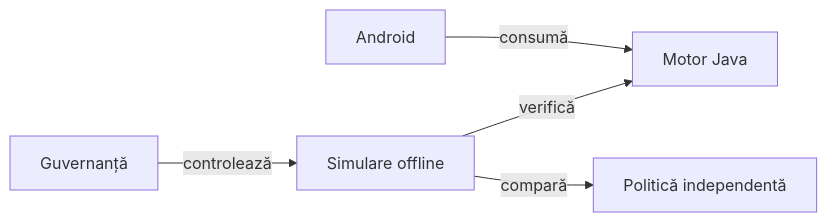
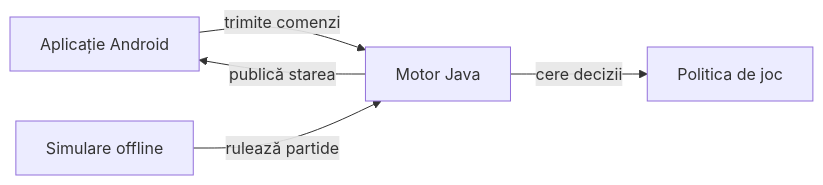
Before and after one commit to crististefanita/atf_j4: the diagram in README.md, drawn with Mermaid. The commit also changed other lines of this file and 9 other files, not shown here.

````diff
--- a/README.md
+++ b/README.md
@@ -51,7 +18,7 @@
 ```mermaid
 flowchart LR
-APP[Android] -->|consumă| CORE[Motor Java]
-OFF[Simulare offline] -->|verifică| CORE
-OFF -->|compară| IND[Politică independentă]
-GOV[Guvernanță] -->|controlează| OFF
+    APP[Aplicație Android] -->|trimite comenzi| CORE[Motor Java]
+    CORE -->|publică starea| APP
+    CORE -->|cere decizii| AI[Politica de joc]
+    OFF[Simulare offline] -->|rulează partide| CORE
 ```
````
